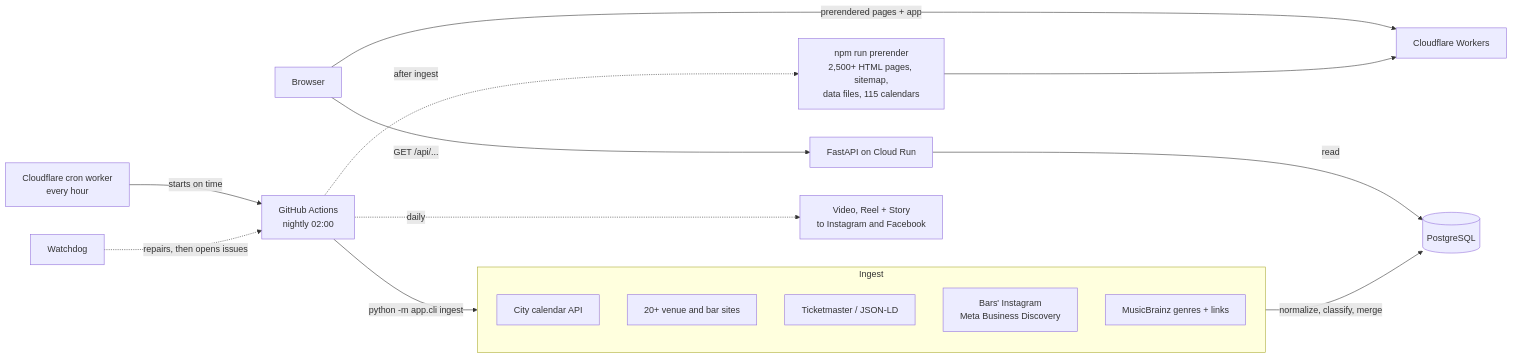
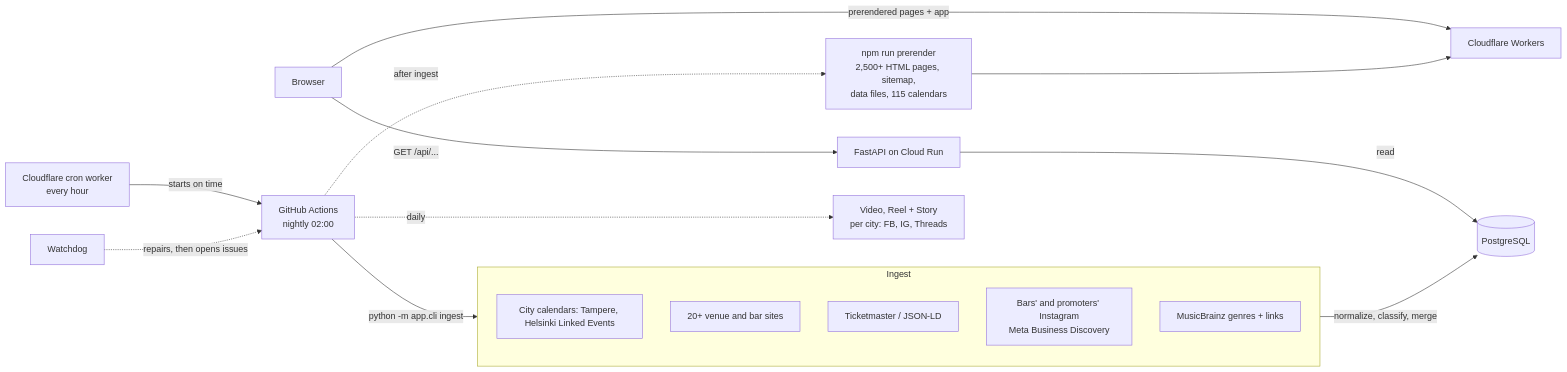
One commit to EliasNiskanen/Gigtown-portfolio changed the diagram in README.md. Above: the diagram before and after it, drawn with Mermaid. The commit also changed other lines of this file, not shown here.

Commit message:
README: Helsinki, ticket sales opening, ticket clicks, venue suggestions, social posts per city, smoother animation, skills

````diff
--- a/README.md
+++ b/README.md
@@ -195,21 +216,21 @@
 ```mermaid
 flowchart LR
     U[Browser] -->|prerendered pages + app| WEB[Cloudflare Workers]
     U -->|GET /api/...| API[FastAPI on Cloud Run]
     API -->|read| DB[(PostgreSQL)]
 
     CLK[Cloudflare cron worker<br/>every hour] -->|starts on time| CRON
     CRON[GitHub Actions<br/>nightly 02:00] -->|python -m app.cli ingest| BOTS
     subgraph BOTS[Ingest]
-        S1[City calendar API]
+        S1[City calendars: Tampere, Helsinki Linked Events]
         S2[20+ venue and bar sites]
         S3[Ticketmaster / JSON-LD]
-        S4[Bars' Instagram<br/>Meta Business Discovery]
+        S4[Bars' and promoters' Instagram<br/>Meta Business Discovery]
         MB[MusicBrainz genres + links]
     end
     BOTS -->|normalize, classify, merge| DB
     CRON -.->|after ingest| PRE[npm run prerender<br/>2,500+ HTML pages, sitemap,<br/>data files, 115 calendars]
     PRE --> WEB
-    CRON -.->|daily| SOC[Video, Reel + Story<br/>to Instagram and Facebook]
+    CRON -.->|daily| SOC[Video, Reel + Story<br/>per city: FB, IG, Threads]
     WD[Watchdog] -.->|repairs, then opens issues| CRON
 ```
````
